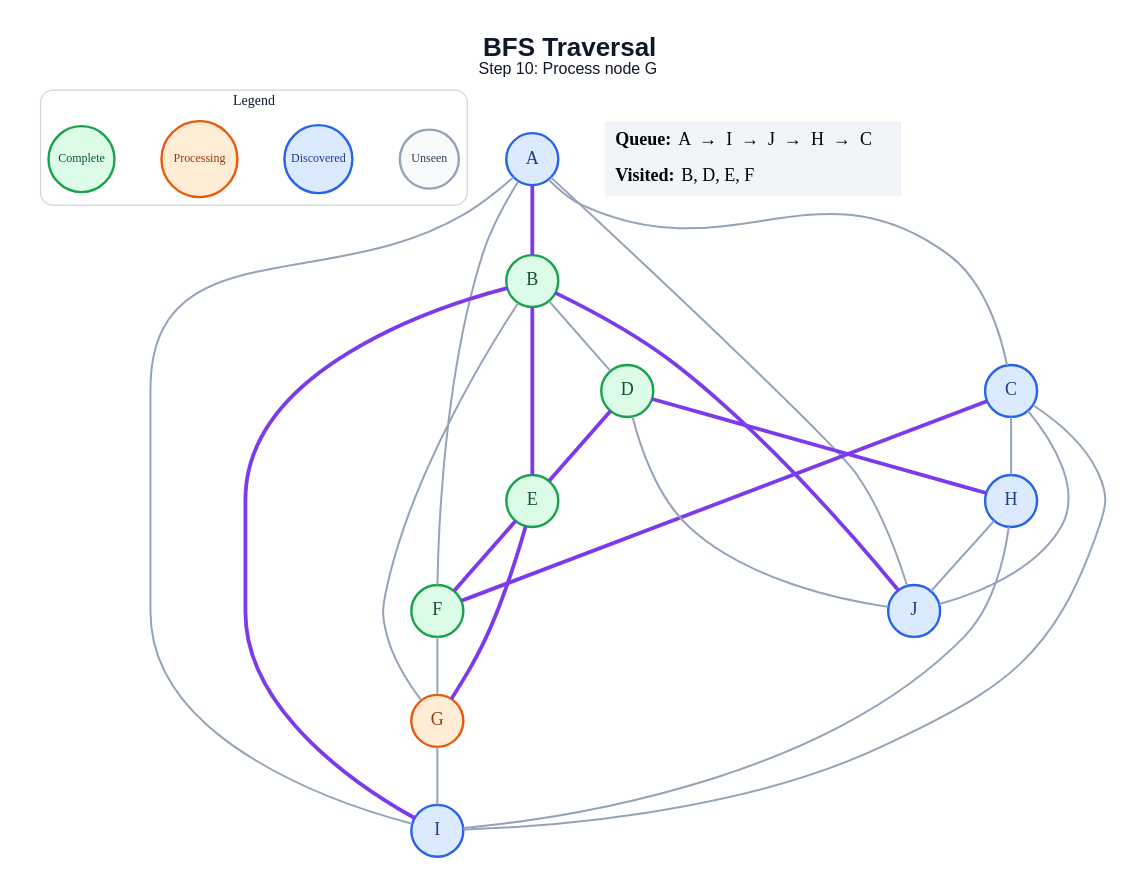
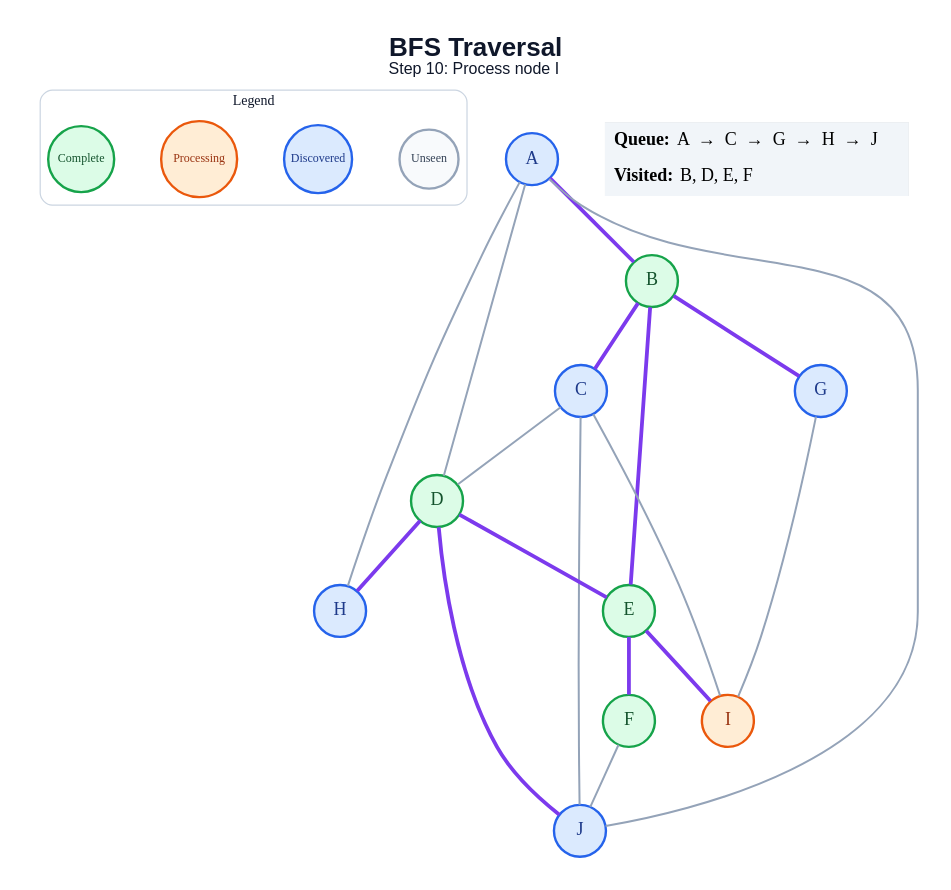
Before and after one commit to amanghodawala9/ai-slop: the diagram in generated/specific-node/bfs/step_10.dot, drawn with Graphviz. The commit also changed 178 other files, not shown here.

```diff
--- a/generated/specific-node/bfs/step_10.dot
+++ b/generated/specific-node/bfs/step_10.dot
@@ -1,52 +1,46 @@
 graph traversal {
   graph [layout=dot, rankdir=TB, bgcolor="#FFFFFF", pad="0.35", nodesep="0.65", ranksep="0.8", fontname="Arial"];
   node [shape=circle, style="filled", fontname="Arial Bold", fontsize=18, width=0.72, fixedsize=true, penwidth=2.4];
   edge [color="#94A3B8", penwidth=2.0];
-  label=<<B>BFS Traversal</B><BR/><FONT POINT-SIZE="16">Step 10: Process node G</FONT>>; labelloc="t"; fontsize=26; fontname="Arial"; fontcolor="#0F172A";
+  label=<<B>BFS Traversal</B><BR/><FONT POINT-SIZE="16">Step 10: Process node I</FONT>>; labelloc="t"; fontsize=26; fontname="Arial"; fontcolor="#0F172A";
   subgraph cluster_legend { label="Legend"; color="#CBD5E1"; penwidth=1.2; style="rounded"; fontsize=14; fontname="Arial Bold";
     key_unseen [label="Unseen", fillcolor="#F8FAFC", color="#94A3B8", fontcolor="#334155", fontsize=12, width=0.82];
     key_frontier [label="Discovered", fillcolor="#DBEAFE", color="#2563EB", fontcolor="#1E3A8A", fontsize=12, width=0.95];
     key_current [label="Processing", fillcolor="#FFEDD5", color="#EA580C", fontcolor="#9A3412", fontsize=12, width=1.05];
     key_done [label="Complete", fillcolor="#DCFCE7", color="#16A34A", fontcolor="#14532D", fontsize=12, width=0.92];
     { rank=same; key_unseen; key_frontier; key_current; key_done; }
   }
   A [fillcolor="#DBEAFE", color="#2563EB", fontcolor="#1E3A8A"];
   B [fillcolor="#DCFCE7", color="#16A34A", fontcolor="#14532D"];
   C [fillcolor="#DBEAFE", color="#2563EB", fontcolor="#1E3A8A"];
   D [fillcolor="#DCFCE7", color="#16A34A", fontcolor="#14532D"];
   E [fillcolor="#DCFCE7", color="#16A34A", fontcolor="#14532D"];
   F [fillcolor="#DCFCE7", color="#16A34A", fontcolor="#14532D"];
-  G [fillcolor="#FFEDD5", color="#EA580C", fontcolor="#9A3412"];
+  G [fillcolor="#DBEAFE", color="#2563EB", fontcolor="#1E3A8A"];
   H [fillcolor="#DBEAFE", color="#2563EB", fontcolor="#1E3A8A"];
-  I [fillcolor="#DBEAFE", color="#2563EB", fontcolor="#1E3A8A"];
+  I [fillcolor="#FFEDD5", color="#EA580C", fontcolor="#9A3412"];
   J [fillcolor="#DBEAFE", color="#2563EB", fontcolor="#1E3A8A"];
   A -- B [color="#7C3AED", penwidth=3.8];
-  A -- C;
-  A -- F;
-  A -- I;
+  A -- D;
+  A -- H;
   A -- J;
-  B -- D;
+  B -- C [color="#7C3AED", penwidth=3.8];
   B -- E [color="#7C3AED", penwidth=3.8];
-  B -- G;
-  B -- I [color="#7C3AED", penwidth=3.8];
-  B -- J [color="#7C3AED", penwidth=3.8];
-  C -- F [color="#7C3AED", penwidth=3.8];
-  C -- H;
+  B -- G [color="#7C3AED", penwidth=3.8];
+  C -- D;
   C -- I;
   C -- J;
   D -- E [color="#7C3AED", penwidth=3.8];
   D -- H [color="#7C3AED", penwidth=3.8];
-  D -- J;
+  D -- J [color="#7C3AED", penwidth=3.8];
   E -- F [color="#7C3AED", penwidth=3.8];
-  E -- G [color="#7C3AED", penwidth=3.8];
-  F -- G;
+  E -- I [color="#7C3AED", penwidth=3.8];
+  F -- J;
   G -- I;
-  H -- I;
-  H -- J;
   status [shape=plain, fixedsize=false, width=0, height=0, margin=0, label=<
     <TABLE BORDER="0" CELLBORDER="0" CELLPADDING="7" BGCOLOR="#F1F5F9">
-      <TR><TD ALIGN="LEFT"><B>Queue:</B> A  →  I  →  J  →  H  →  C</TD></TR>
+      <TR><TD ALIGN="LEFT"><B>Queue:</B> A  →  C  →  G  →  H  →  J</TD></TR>
       <TR><TD ALIGN="LEFT"><B>Visited:</B> B, D, E, F</TD></TR>
     </TABLE>
   >];
 }
```
